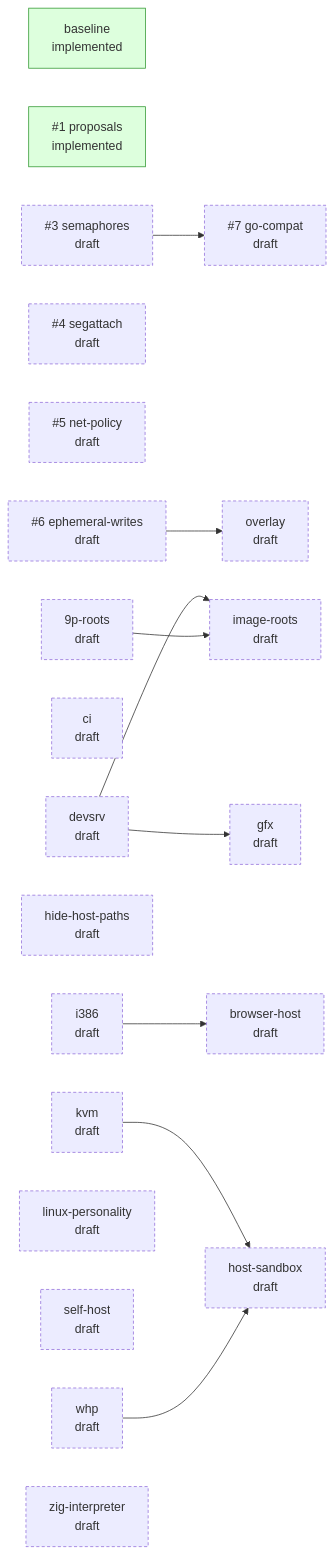
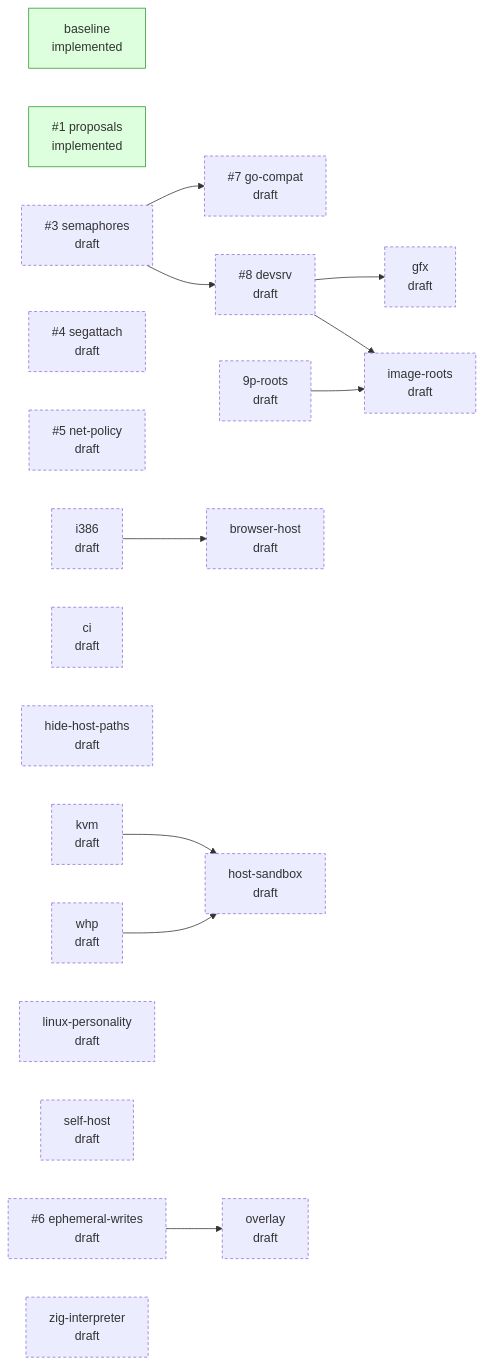
Before and after one commit to jpf/hyper9: the diagram in README.md, drawn with Mermaid. The commit also changed other lines of this file and 6 other files, not shown here.

````diff
--- a/README.md
+++ b/README.md
@@ -39,37 +39,38 @@
 ```mermaid
 flowchart LR
   classDef draft stroke-dasharray: 4 3
   classDef accepted stroke-width: 2px
   classDef implemented fill:#dfd,stroke:#393
   classDef closed fill:#eee,stroke:#999,color:#777
   p_baseline["baseline<br/>implemented"]:::implemented
   p_proposals["#35;1 proposals<br/>implemented"]:::implemented
   p_semaphores["#35;3 semaphores<br/>draft"]:::draft
   p_segattach["#35;4 segattach<br/>draft"]:::draft
   p_net_policy["#35;5 net-policy<br/>draft"]:::draft
   p_ephemeral_writes["#35;6 ephemeral-writes<br/>draft"]:::draft
   p_go_compat["#35;7 go-compat<br/>draft"]:::draft
+  p_devsrv["#35;8 devsrv<br/>draft"]:::draft
   p_9p_roots["9p-roots<br/>draft"]:::draft
   p_browser_host["browser-host<br/>draft"]:::draft
   p_ci["ci<br/>draft"]:::draft
-  p_devsrv["devsrv<br/>draft"]:::draft
   p_gfx["gfx<br/>draft"]:::draft
   p_hide_host_paths["hide-host-paths<br/>draft"]:::draft
   p_host_sandbox["host-sandbox<br/>draft"]:::draft
   p_i386["i386<br/>draft"]:::draft
   p_image_roots["image-roots<br/>draft"]:::draft
   p_kvm["kvm<br/>draft"]:::draft
   p_linux_personality["linux-personality<br/>draft"]:::draft
   p_overlay["overlay<br/>draft"]:::draft
   p_self_host["self-host<br/>draft"]:::draft
   p_whp["whp<br/>draft"]:::draft
   p_zig_interpreter["zig-interpreter<br/>draft"]:::draft
   p_semaphores --> p_go_compat
+  p_semaphores --> p_devsrv
   p_i386 --> p_browser_host
   p_devsrv --> p_gfx
   p_kvm --> p_host_sandbox
   p_whp --> p_host_sandbox
   p_devsrv --> p_image_roots
   p_9p_roots --> p_image_roots
   p_ephemeral_writes --> p_overlay
 ```
````
